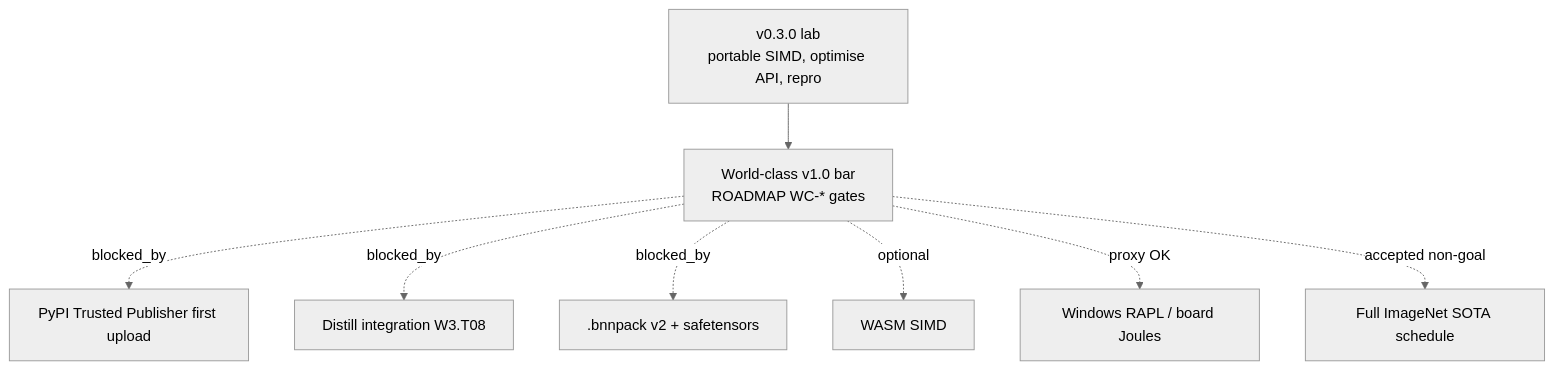
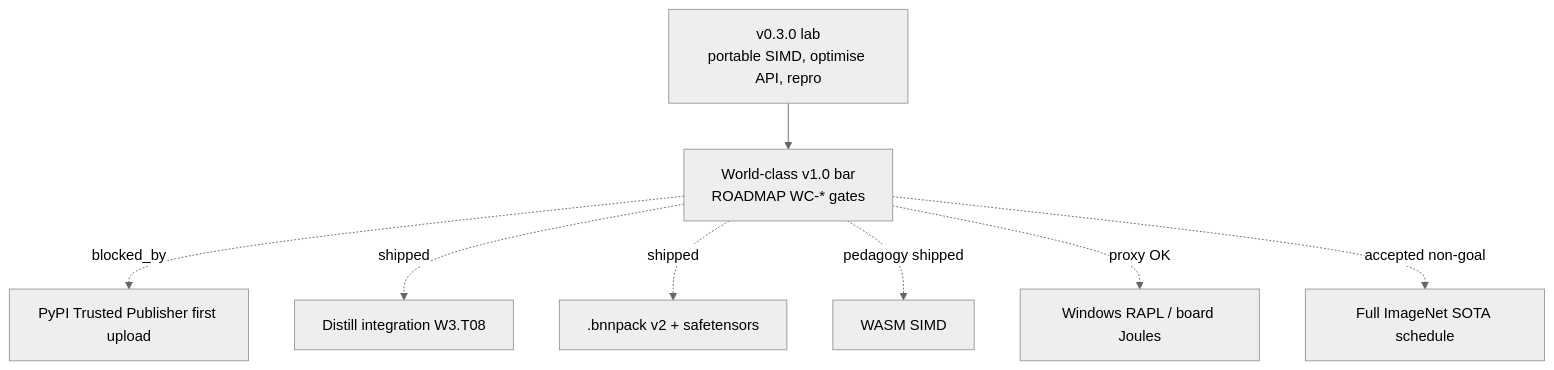
One commit to KanakMalpani/Binary-Neural-Networks changed the ninth of 9 diagrams in knowledge_graph/VIEW.md. Above: the diagram before and after it, drawn with Mermaid (neutral theme). The commit also changed other lines of this file and 16 other files, not shown here.

````diff
--- a/knowledge_graph/VIEW.md
+++ b/knowledge_graph/VIEW.md
@@ -192,12 +192,12 @@
 ```mermaid
 flowchart TB
   V03[v0.3.0 lab<br/>portable SIMD, optimise API, repro]
   V10[World-class v1.0 bar<br/>ROADMAP WC-* gates]
   V03 --> V10
   V10 -.->|blocked_by| G1[PyPI Trusted Publisher first upload]
-  V10 -.->|blocked_by| G2[Distill integration W3.T08]
-  V10 -.->|blocked_by| G3[.bnnpack v2 + safetensors]
-  V10 -.->|optional| G4[WASM SIMD]
+  V10 -.->|shipped| G2[Distill integration W3.T08]
+  V10 -.->|shipped| G3[.bnnpack v2 + safetensors]
+  V10 -.->|pedagogy shipped| G4[WASM SIMD]
   V10 -.->|proxy OK| G5[Windows RAPL / board Joules]
   V10 -.->|accepted non-goal| G6[Full ImageNet SOTA schedule]
 ```
````
